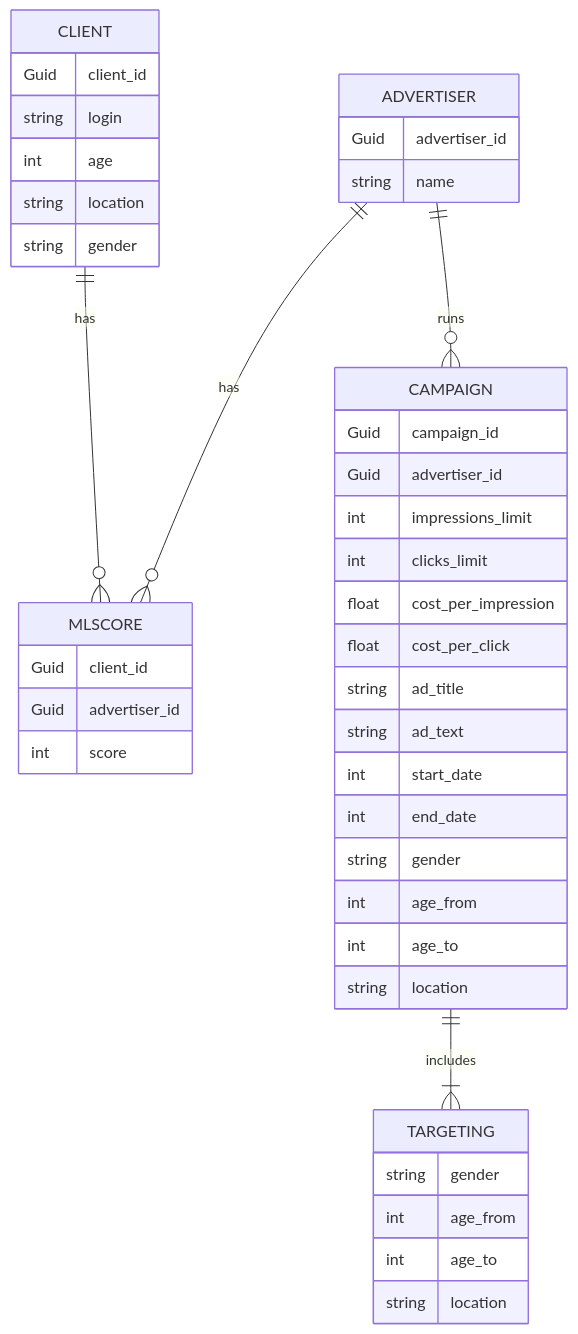
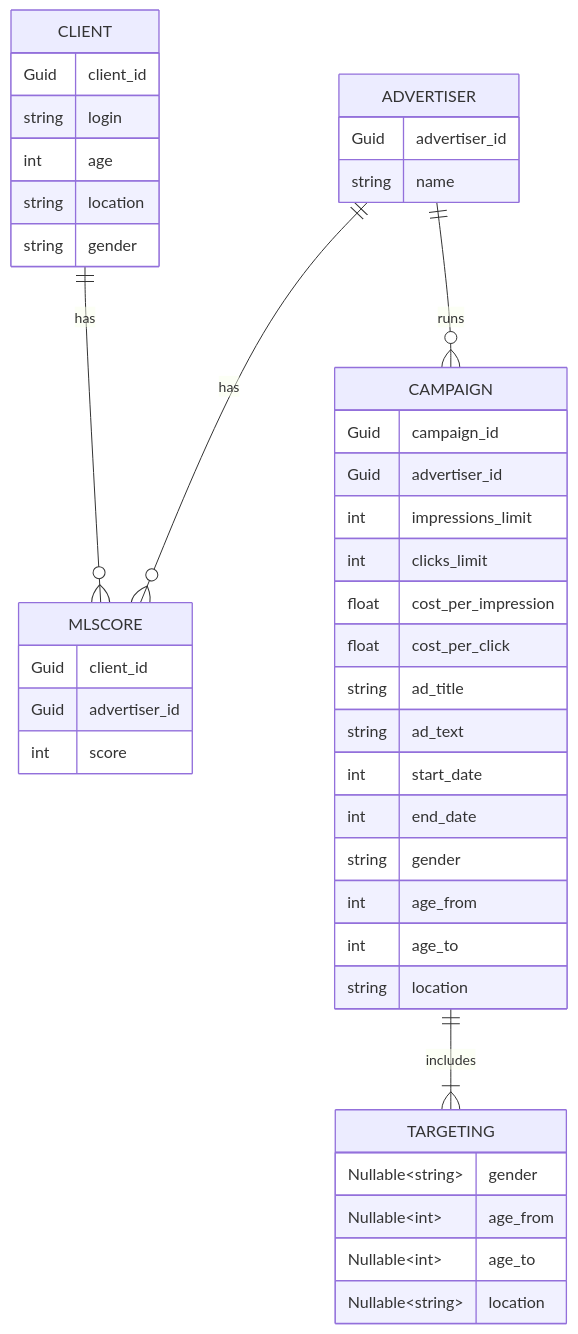
Before and after one commit to evgTSV/PromountApp: the diagram in solution/README.md, drawn with Mermaid.

````diff
--- a/solution/README.md
+++ b/solution/README.md
@@ -45,47 +45,47 @@
 ```mermaid
 erDiagram
     CLIENT {
         Guid client_id
         string login
         int age
         string location
         string gender
     }
     ADVERTISER {
         Guid advertiser_id
         string name
     }
     MLSCORE {
         Guid client_id
         Guid advertiser_id
         int score
     }
     TARGETING {
-        string gender
-        int age_from
-        int age_to
-        string location
+        Nullable~string~ gender
+        Nullable~int~ age_from
+        Nullable~int~ age_to
+        Nullable~string~ location
     }
     CAMPAIGN {
         Guid campaign_id
         Guid advertiser_id
         int impressions_limit
         int clicks_limit
         float cost_per_impression
         float cost_per_click
         string ad_title
         string ad_text
         int start_date
         int end_date
         string gender
         int age_from
         int age_to
         string location
     }
     
     CLIENT ||--o{ MLSCORE : has
     ADVERTISER ||--o{ MLSCORE : has
     ADVERTISER ||--o{ CAMPAIGN : runs
     CAMPAIGN ||--|{ TARGETING : includes
 
 ```
````
